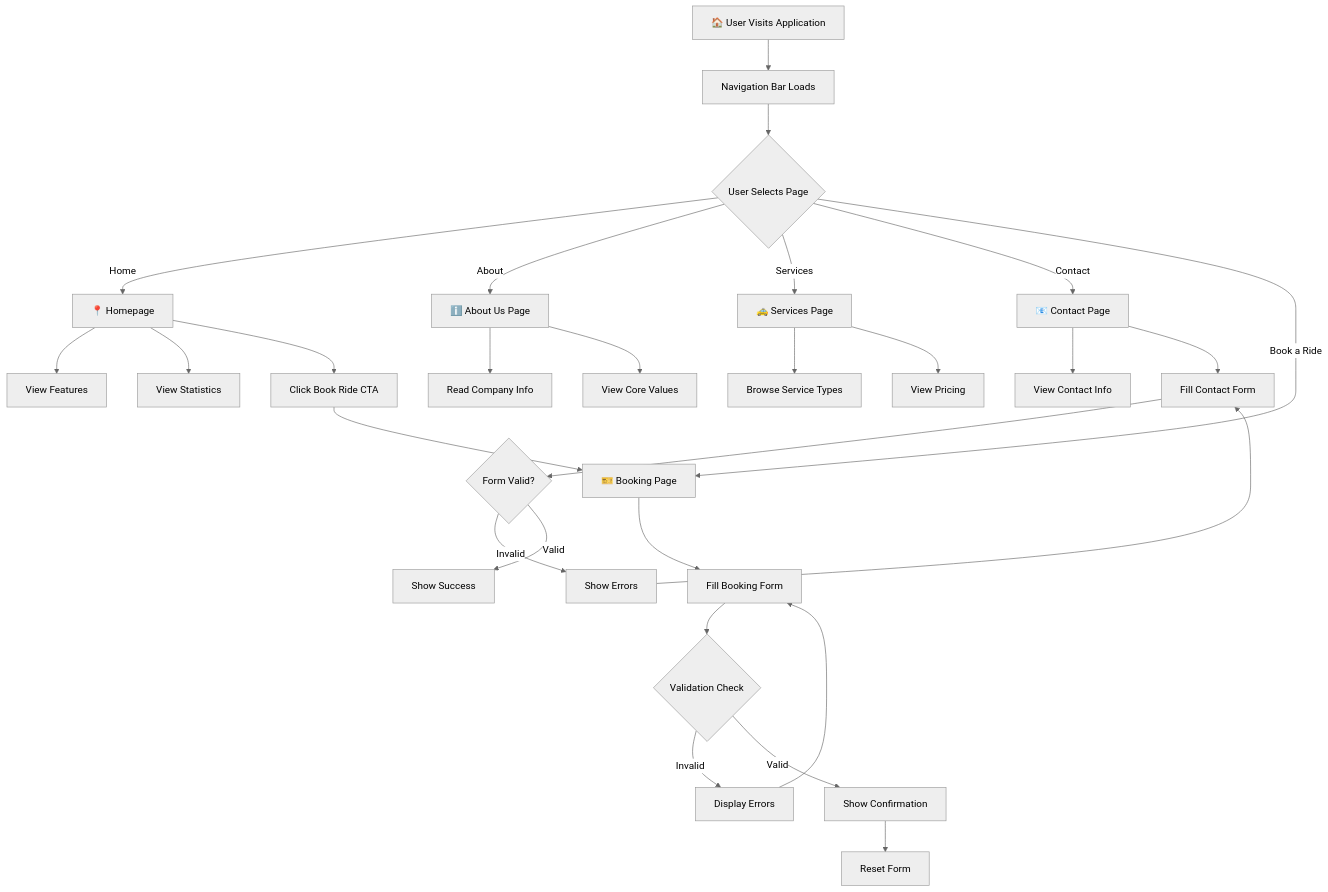
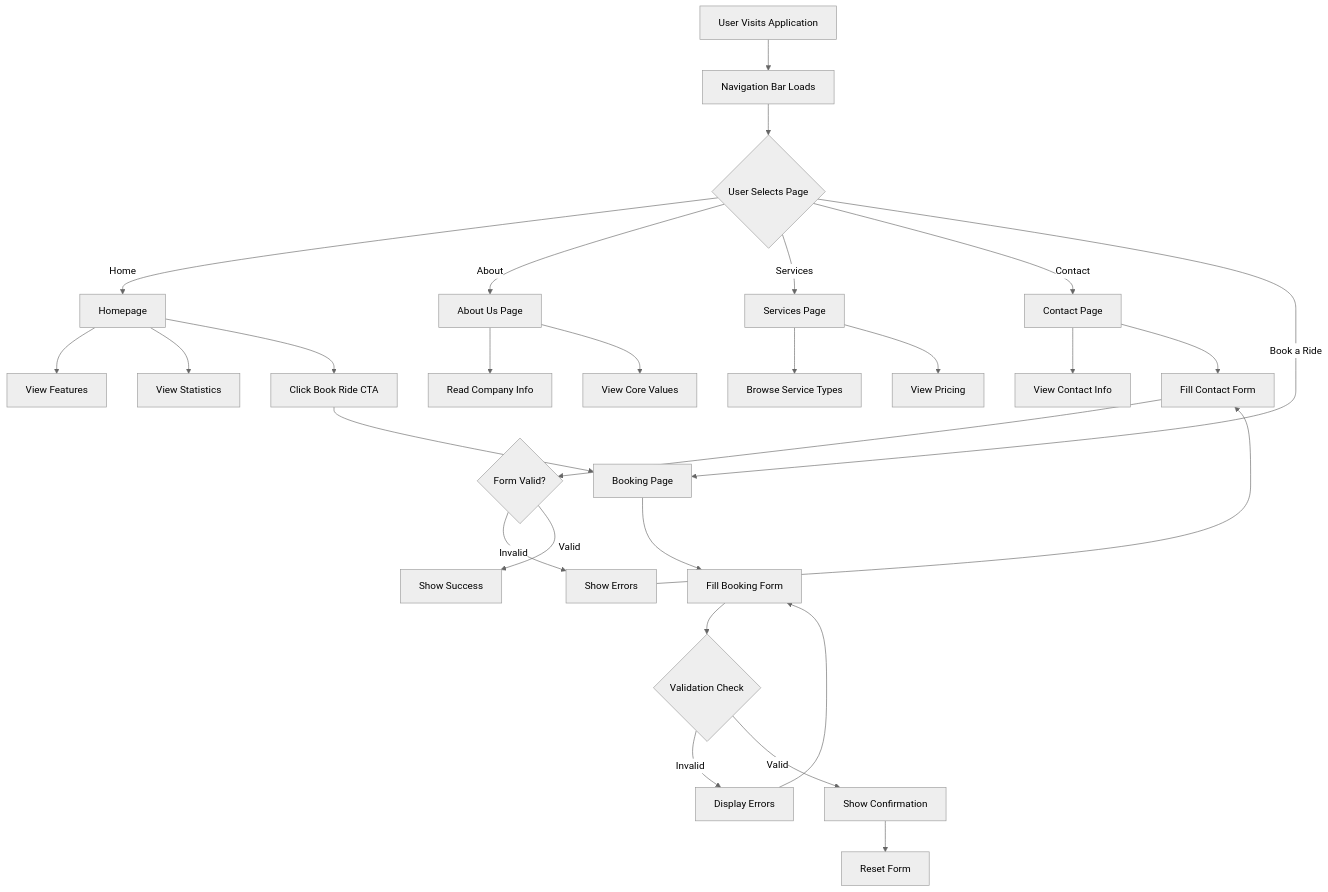
One commit to KyleEsBa/BookTaxiApp changed the first of 3 diagrams in README.md. Above: the diagram before and after it, drawn with Mermaid (neutral theme). The commit also changed other lines of this file and 1 other file, not shown here.

Commit message:
Updating the home interface

````diff
--- a/README.md
+++ b/README.md
@@ -233,36 +233,36 @@
 ```mermaid
 graph TD
-    A["🏠 User Visits Application"] --> B["Navigation Bar Loads"]
+    A["User Visits Application"] --> B["Navigation Bar Loads"]
     B --> C{"User Selects Page"}
     
-    C -->|Home| D["📍 Homepage"]
+    C -->|Home| D["Homepage"]
     D --> D1["View Features"]
     D --> D2["View Statistics"]
     D --> D3["Click Book Ride CTA"]
     
-    C -->|About| E["ℹ️ About Us Page"]
+    C -->|About| E["About Us Page"]
     E --> E1["Read Company Info"]
     E --> E2["View Core Values"]
     
-    C -->|Services| F["🚕 Services Page"]
+    C -->|Services| F["Services Page"]
     F --> F1["Browse Service Types"]
     F --> F2["View Pricing"]
     
-    C -->|Contact| G["📧 Contact Page"]
+    C -->|Contact| G["Contact Page"]
     G --> G1["View Contact Info"]
     G --> G2["Fill Contact Form"]
     G2 --> G3{"Form Valid?"}
     G3 -->|Invalid| G4["Show Errors"]
     G4 --> G2
     G3 -->|Valid| G5["Show Success"]
     
-    C -->|Book a Ride| H["🎫 Booking Page"]
+    C -->|Book a Ride| H["Booking Page"]
     H --> H1["Fill Booking Form"]
     H1 --> H2{"Validation Check"}
     H2 -->|Invalid| H3["Display Errors"]
     H3 --> H1
     H2 -->|Valid| H4["Show Confirmation"]
     H4 --> H5["Reset Form"]
     
     D3 --> H
 ```
````
